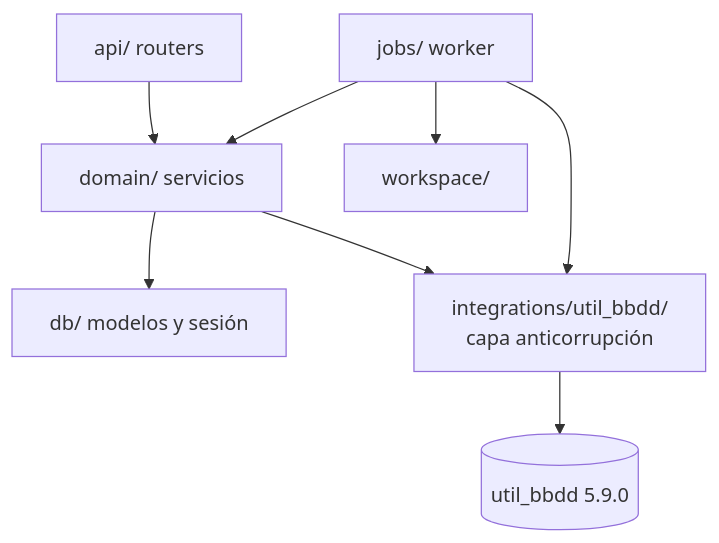
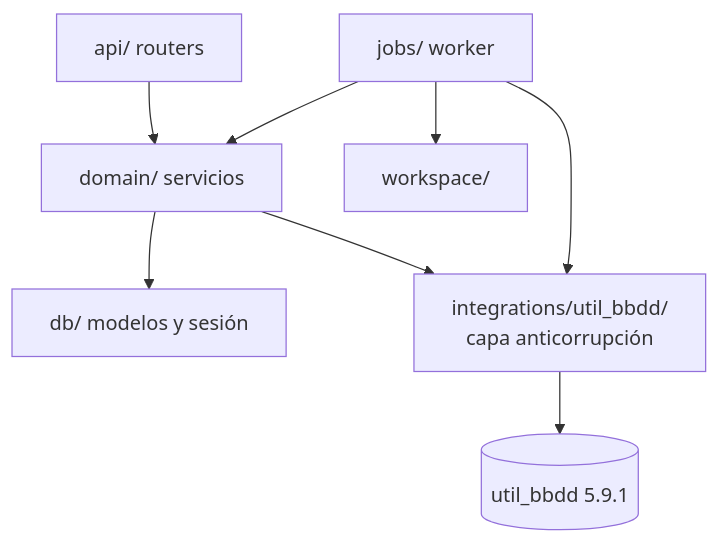
The second of 2 diagrams in docs/architecture.md (fmanza/util_bbdd_web), drawn with Mermaid before and after one commit. The commit also changed 8 other files, not shown here.

Commit message:
chore(backend): actualizar util_bbdd a 5.9.1

````diff
--- a/docs/architecture.md
+++ b/docs/architecture.md
@@ -31,10 +31,10 @@
 ```mermaid
 flowchart TB
     api[api/ routers] --> domain[domain/ servicios]
     domain --> db[db/ modelos y sesión]
     domain --> integ[integrations/util_bbdd/<br/>capa anticorrupción]
     jobs[jobs/ worker] --> domain
     jobs --> integ
     jobs --> ws[workspace/]
-    integ --> lib[(util_bbdd 5.9.0)]
+    integ --> lib[(util_bbdd 5.9.1)]
 ```
````
